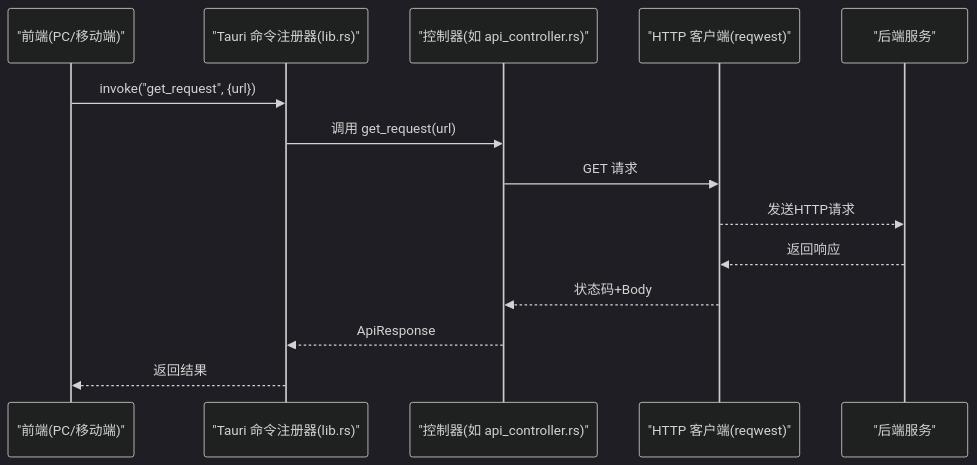
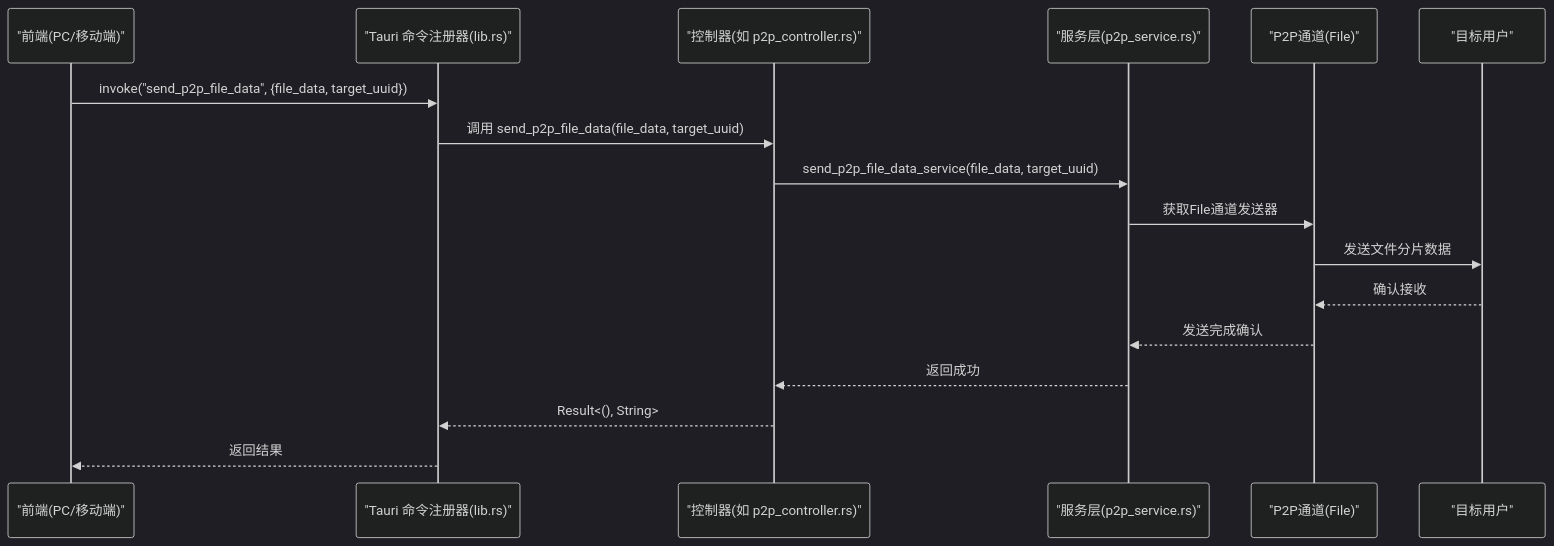
Before and after one commit to nicolastinger/only-talk-app: the second of 9 diagrams in .qoder/repowiki/zh/content/API参考/API参考.md, drawn with Mermaid (dark theme). The commit also changed other lines of this file and 9 other files, not shown here.

````diff
--- a/.qoder/repowiki/zh/content/API参考/API参考.md
+++ b/.qoder/repowiki/zh/content/API参考/API参考.md
@@ -119,16 +153,19 @@
 ```mermaid
 sequenceDiagram
 participant FE as "前端(PC/移动端)"
 participant TAURI as "Tauri 命令注册器(lib.rs)"
-participant CTRL as "控制器(如 api_controller.rs)"
-participant NET as "HTTP 客户端(reqwest)"
-participant RESP as "后端服务"
-FE->>TAURI : invoke("get_request", {url})
-TAURI->>CTRL : 调用 get_request(url)
-CTRL->>NET : GET 请求
-NET-->>RESP : 发送HTTP请求
-RESP-->>NET : 返回响应
-NET-->>CTRL : 状态码+Body
-CTRL-->>TAURI : ApiResponse
+participant CTRL as "控制器(如 p2p_controller.rs)"
+participant SVC as "服务层(p2p_service.rs)"
+participant CHANNEL as "P2P通道(File)"
+participant TARGET as "目标用户"
+FE->>TAURI : invoke("send_p2p_file_data", {file_data, target_uuid})
+TAURI->>CTRL : 调用 send_p2p_file_data(file_data, target_uuid)
+CTRL->>SVC : send_p2p_file_data_service(file_data, target_uuid)
+SVC->>CHANNEL : 获取File通道发送器
+CHANNEL->>TARGET : 发送文件分片数据
+TARGET-->>CHANNEL : 确认接收
+CHANNEL-->>SVC : 发送完成确认
+SVC-->>CTRL : 返回成功
+CTRL-->>TAURI : Result<(), String>
 TAURI-->>FE : 返回结果
 ```
````
